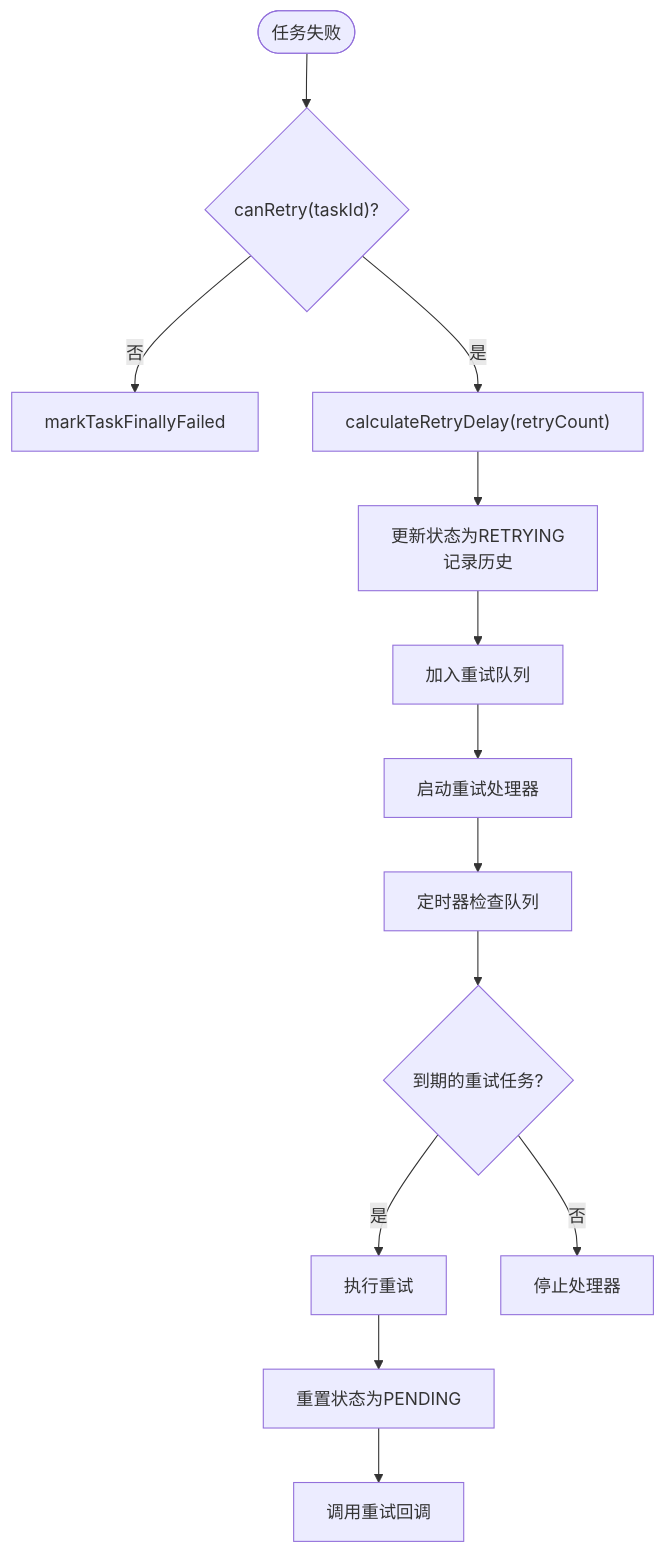
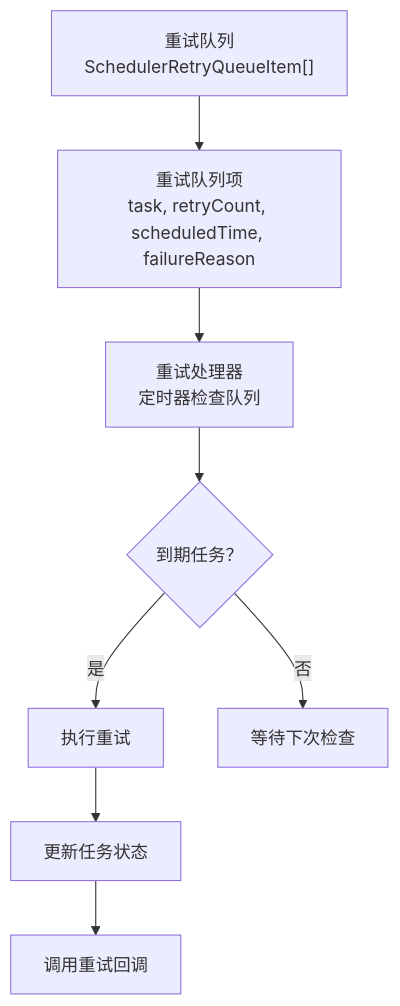
Before and after one commit to huo65/OH-Co3: the eighth of 12 diagrams in .qoder/repowiki/zh/content/任务调度系统/任务调度器.md, drawn with Mermaid. The commit also changed other lines of this file and 12 other files, not shown here.

````diff
--- a/.qoder/repowiki/zh/content/任务调度系统/任务调度器.md
+++ b/.qoder/repowiki/zh/content/任务调度系统/任务调度器.md
@@ -416,15 +486,10 @@
 ```mermaid
 flowchart TD
-Start(["任务失败"]) --> CheckRetry{"canRetry(taskId)?"}
-CheckRetry --> |否| FinalFail["markTaskFinallyFailed"]
-CheckRetry --> |是| CalcDelay["calculateRetryDelay(retryCount)"]
-CalcDelay --> UpdateStatus["更新状态为RETRYING<br/>记录历史"]
-UpdateStatus --> AddQueue["加入重试队列"]
-AddQueue --> StartProcessor["启动重试处理器"]
-StartProcessor --> Timer["定时器检查队列"]
-Timer --> ReadyTasks{"到期的重试任务?"}
-ReadyTasks --> |是| ExecuteRetry["执行重试"]
-ReadyTasks --> |否| StopProcessor["停止处理器"]
-ExecuteRetry --> ResetStatus["重置状态为PENDING"]
-ResetStatus --> Callback["调用重试回调"]
+Queue["重试队列<br/>SchedulerRetryQueueItem[]"] --> Item["重试队列项<br/>task, retryCount, scheduledTime, failureReason"]
+Item --> Processor["重试处理器<br/>定时器检查队列"]
+Processor --> Check{"到期任务？"}
+Check --> |是| Execute["执行重试"]
+Check --> |否| Wait["等待下次检查"]
+Execute --> Update["更新任务状态"]
+Update --> Callback["调用重试回调"]
 ```
````
